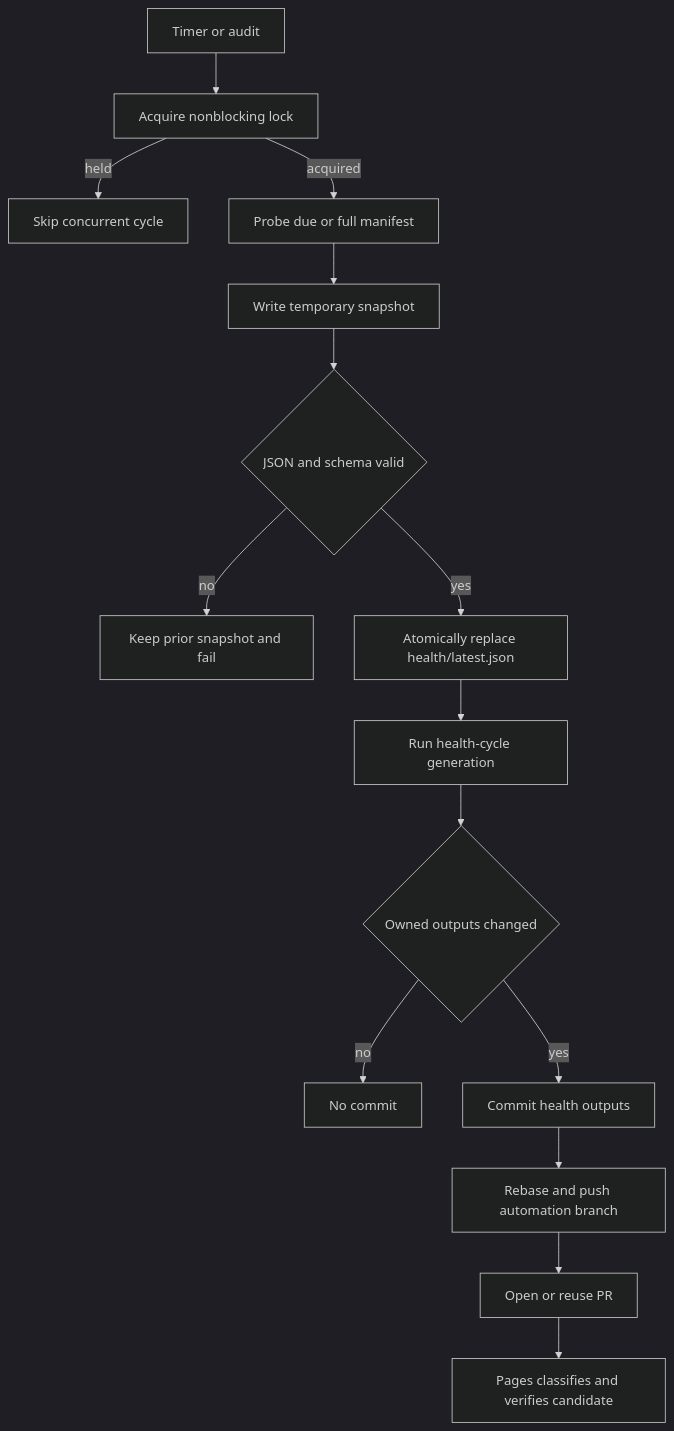
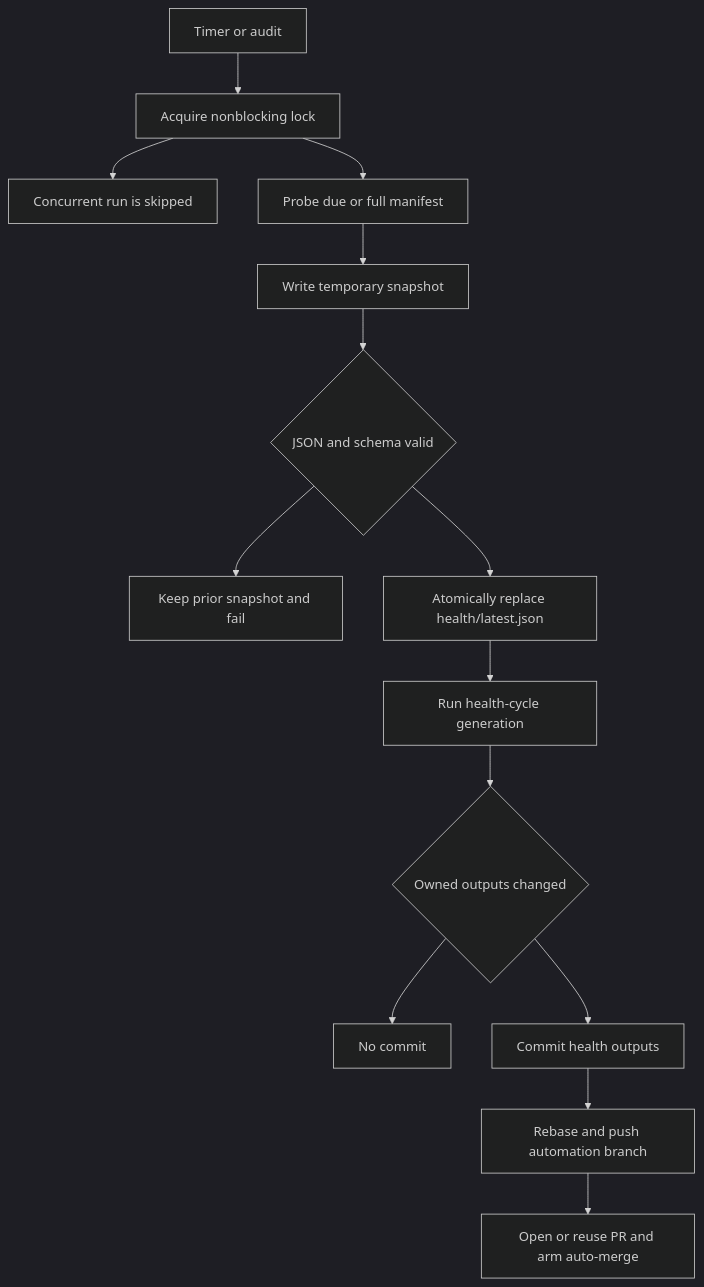
One commit to r3dz4r/datapulse-my changed the first of 2 diagrams in openwiki/operations.md. Above: the diagram before and after it, drawn with Mermaid (dark theme). The commit also changed other lines of this file and 4 other files, not shown here.

````diff
--- a/openwiki/operations.md
+++ b/openwiki/operations.md
@@ -153,17 +99,16 @@
 ```mermaid
 flowchart TD
-    A[Timer or audit] --> B[Acquire nonblocking lock]
-    B -->|held| C[Skip concurrent cycle]
-    B -->|acquired| D[Probe due or full manifest]
-    D --> E[Write temporary snapshot]
-    E --> F{JSON and schema valid}
-    F -->|no| G[Keep prior snapshot and fail]
-    F -->|yes| H[Atomically replace health/latest.json]
-    H --> I[Run health-cycle generation]
-    I --> J{Owned outputs changed}
-    J -->|no| K[No commit]
-    J -->|yes| L[Commit health outputs]
-    L --> M[Rebase and push automation branch]
-    M --> N[Open or reuse PR]
-    N --> O[Pages classifies and verifies candidate]
+    Timer[Timer or audit] --> Lock[Acquire nonblocking lock]
+    Lock --> Held[Concurrent run is skipped]
+    Lock --> Probe[Probe due or full manifest]
+    Probe --> Temp[Write temporary snapshot]
+    Temp --> Valid{JSON and schema valid}
+    Valid --> Keep[Keep prior snapshot and fail]
+    Valid --> Replace[Atomically replace health/latest.json]
+    Replace --> Generate[Run health-cycle generation]
+    Generate --> Changed{Owned outputs changed}
+    Changed --> NoCommit[No commit]
+    Changed --> Commit[Commit health outputs]
+    Commit --> PR[Rebase and push automation branch]
+    PR --> Merge[Open or reuse PR and arm auto-merge]
 ```
````
